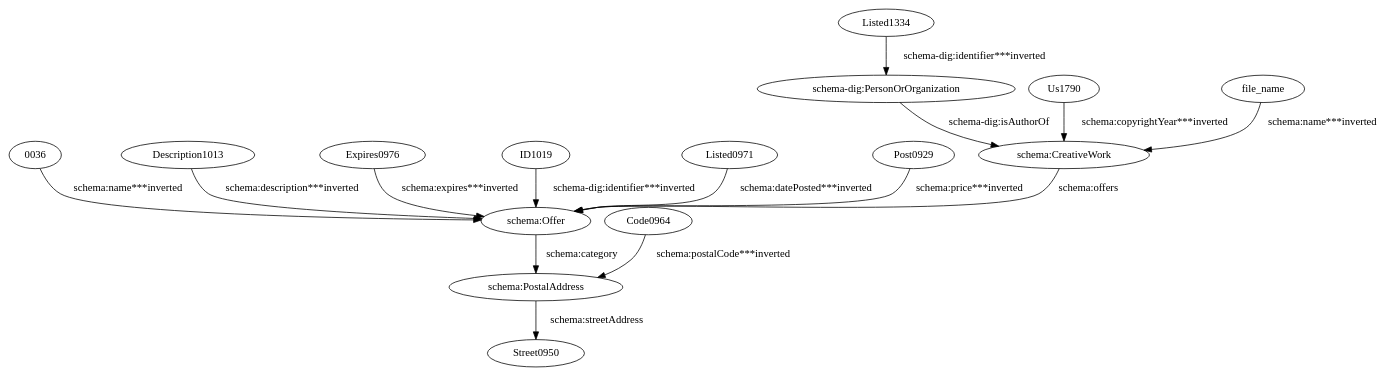
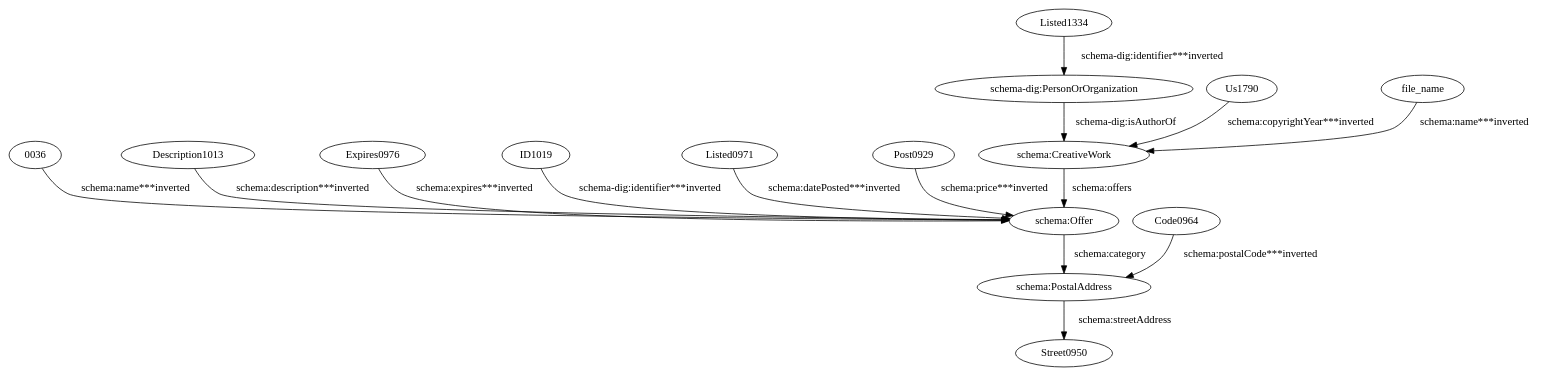
The diagram in evaluation/taheriyan2016/task_04/semantic_models_steiner/dot/msguntrader.dot (giuseppefutia/semi), drawn with Graphviz before and after one commit. The commit also changed 122 other files, not shown here.

```diff
--- a/evaluation/taheriyan2016/task_04/semantic_models_steiner/dot/msguntrader.dot
+++ b/evaluation/taheriyan2016/task_04/semantic_models_steiner/dot/msguntrader.dot
@@ -1,31 +1,31 @@
 digraph {
   "0036" [type=attribute_name,label="0036"]
   "schema:Offer1" [type=class_uri,label="schema:Offer"]
   Code0964 [type=attribute_name,label=Code0964]
   "schema:PostalAddress1" [type=class_uri,label="schema:PostalAddress"]
   Description1013 [type=attribute_name,label=Description1013]
   Expires0976 [type=attribute_name,label=Expires0976]
   ID1019 [type=attribute_name,label=ID1019]
   Listed0971 [type=attribute_name,label=Listed0971]
   Listed1334 [type=attribute_name,label=Listed1334]
   "schema-dig:PersonOrOrganization1" [type=class_uri,label="schema-dig:PersonOrOrganization"]
   Post0929 [type=attribute_name,label=Post0929]
   Us1790 [type=attribute_name,label=Us1790]
   "schema:CreativeWork1" [type=class_uri,label="schema:CreativeWork"]
   file_name [type=attribute_name,label=file_name]
   Street0950 [type=attribute_name,label=Street0950]
   "0036" -> "schema:Offer1" [type=st_property_uri,label="schema:name***inverted",weight=1]
   Code0964 -> "schema:PostalAddress1" [type=st_property_uri,label="schema:postalCode***inverted",weight=1]
   Description1013 -> "schema:Offer1" [type=st_property_uri,label="schema:description***inverted",weight=1]
   Expires0976 -> "schema:Offer1" [type=st_property_uri,label="schema:expires***inverted",weight=1]
   ID1019 -> "schema:Offer1" [type=st_property_uri,label="schema-dig:identifier***inverted",weight=1]
   Listed0971 -> "schema:Offer1" [type=st_property_uri,label="schema:datePosted***inverted",weight=1]
   Listed1334 -> "schema-dig:PersonOrOrganization1" [type=st_property_uri,label="schema-dig:identifier***inverted",weight=1]
   Post0929 -> "schema:Offer1" [type=st_property_uri,label="schema:price***inverted",weight=1]
   Us1790 -> "schema:CreativeWork1" [type=st_property_uri,label="schema:copyrightYear***inverted",weight=1]
   file_name -> "schema:CreativeWork1" [type=st_property_uri,label="schema:name***inverted",weight=1]
-  "schema-dig:PersonOrOrganization1" -> "schema:CreativeWork1" [label="schema-dig:isAuthorOf",type=direct_property_uri,weight=1]
-  "schema:CreativeWork1" -> "schema:Offer1" [label="schema:offers",type=direct_property_uri,weight=1]
-  "schema:Offer1" -> "schema:PostalAddress1" [label="schema:category",type=inherited,weight=4]
+  "schema-dig:PersonOrOrganization1" -> "schema:CreativeWork1" [label="schema-dig:isAuthorOf",type=direct_property_uri,weight=100]
+  "schema:CreativeWork1" -> "schema:Offer1" [label="schema:offers",type=direct_property_uri,weight=100]
+  "schema:Offer1" -> "schema:PostalAddress1" [label="schema:category",type=inherited,weight=300]
   "schema:PostalAddress1" -> Street0950 [label="schema:streetAddress",type=st_property_uri]
 }
```
